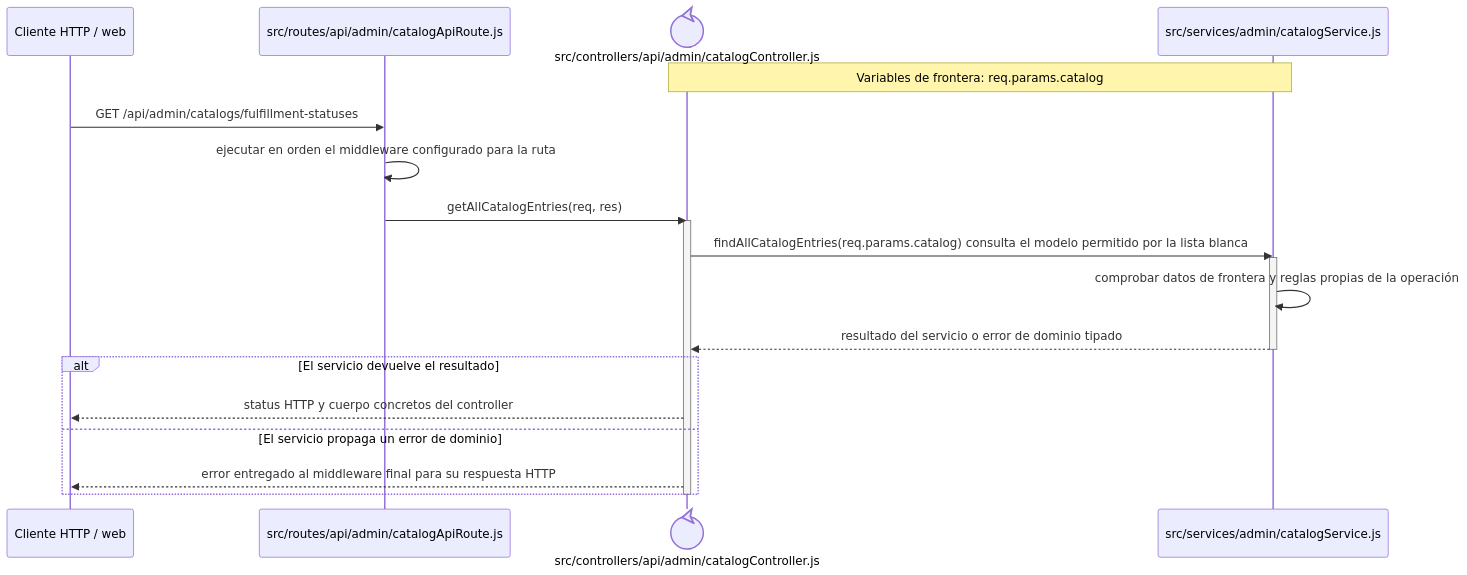
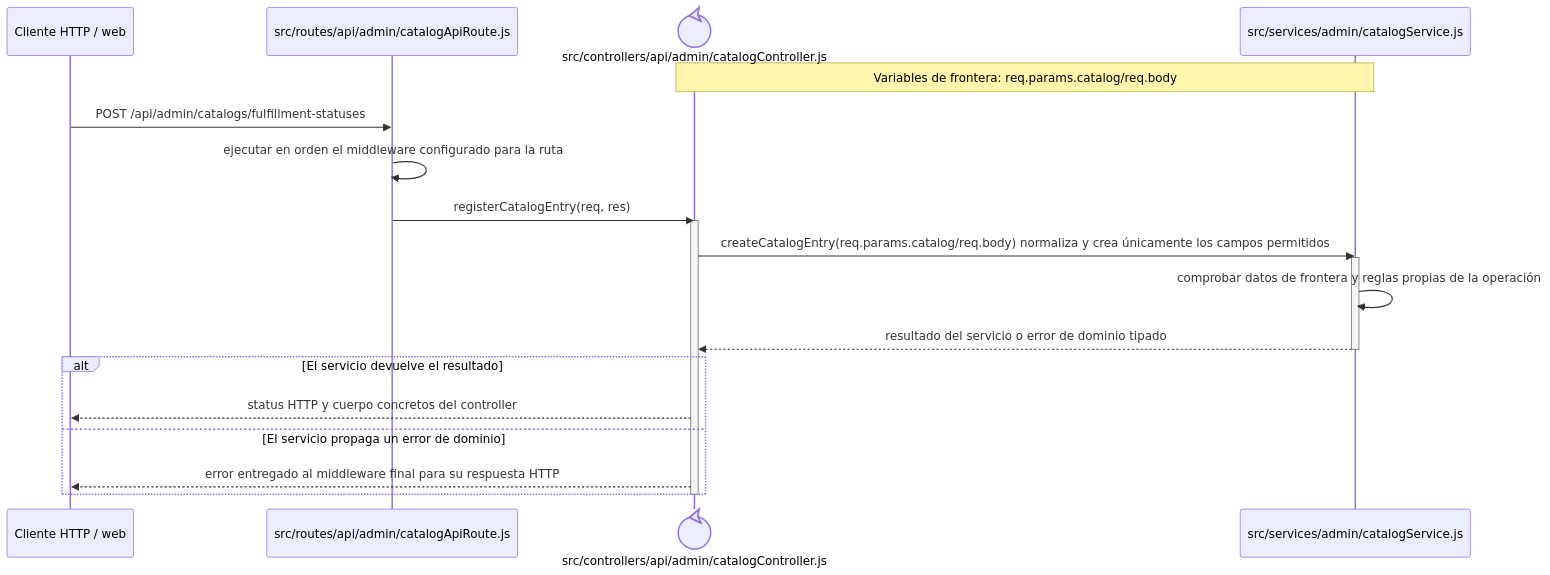
One commit to gpgsistemas01/nexus changed the diagram in docs/architecture/backend-code-sequences/catalogs/cu-cat-25.md. Above: the diagram before and after it, drawn with Mermaid. The commit also changed other lines of this file and 167 other files, not shown here.

````diff
--- a/docs/architecture/backend-code-sequences/catalogs/cu-cat-25.md
+++ b/docs/architecture/backend-code-sequences/catalogs/cu-cat-25.md
@@ -6,24 +6,24 @@
 ```mermaid
 sequenceDiagram
     participant Client as Cliente HTTP / web
     participant Route as src/routes/api/admin/catalogApiRoute.js
     participant Controller@{ "type": "control" } as src/controllers/api/admin/catalogController.js
     participant Domain as src/services/admin/catalogService.js
-    Note over Controller,Domain: Variables de frontera: req.params.catalog
+    Note over Controller,Domain: Variables de frontera: req.params.catalog/req.body
 
-    Client->>Route: GET /api/admin/catalogs/fulfillment-statuses
+    Client->>Route: POST /api/admin/catalogs/fulfillment-statuses
     Route->>Route: ejecutar en orden el middleware configurado para la ruta
-    Route->>Controller: getAllCatalogEntries(req, res)
+    Route->>Controller: registerCatalogEntry(req, res)
     activate Controller
-    Controller->>Domain: findAllCatalogEntries(req.params.catalog) consulta el modelo permitido por la lista blanca
+    Controller->>Domain: createCatalogEntry(req.params.catalog/req.body) normaliza y crea únicamente los campos permitidos
     activate Domain
     Domain->>Domain: comprobar datos de frontera y reglas propias de la operación
     Domain-->>Controller: resultado del servicio o error de dominio tipado
     deactivate Domain
     alt El servicio devuelve el resultado
         Controller-->>Client: status HTTP y cuerpo concretos del controller
     else El servicio propaga un error de dominio
         Controller-->>Client: error entregado al middleware final para su respuesta HTTP
     end
     deactivate Controller
 ```
````
